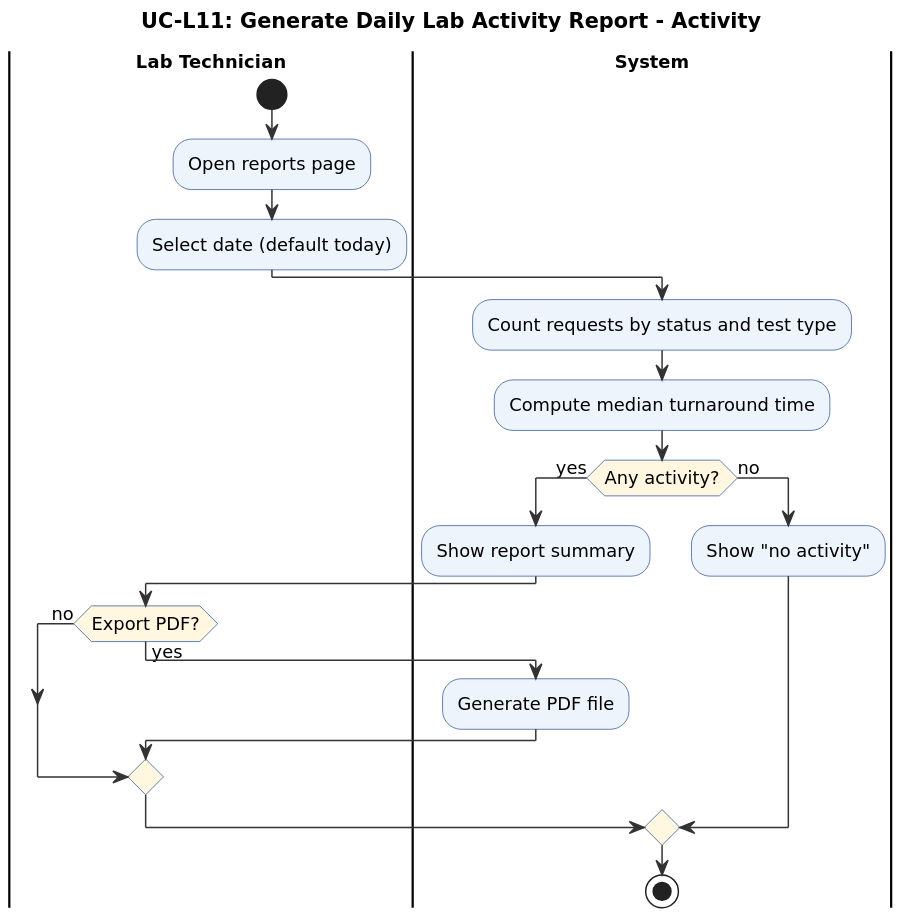
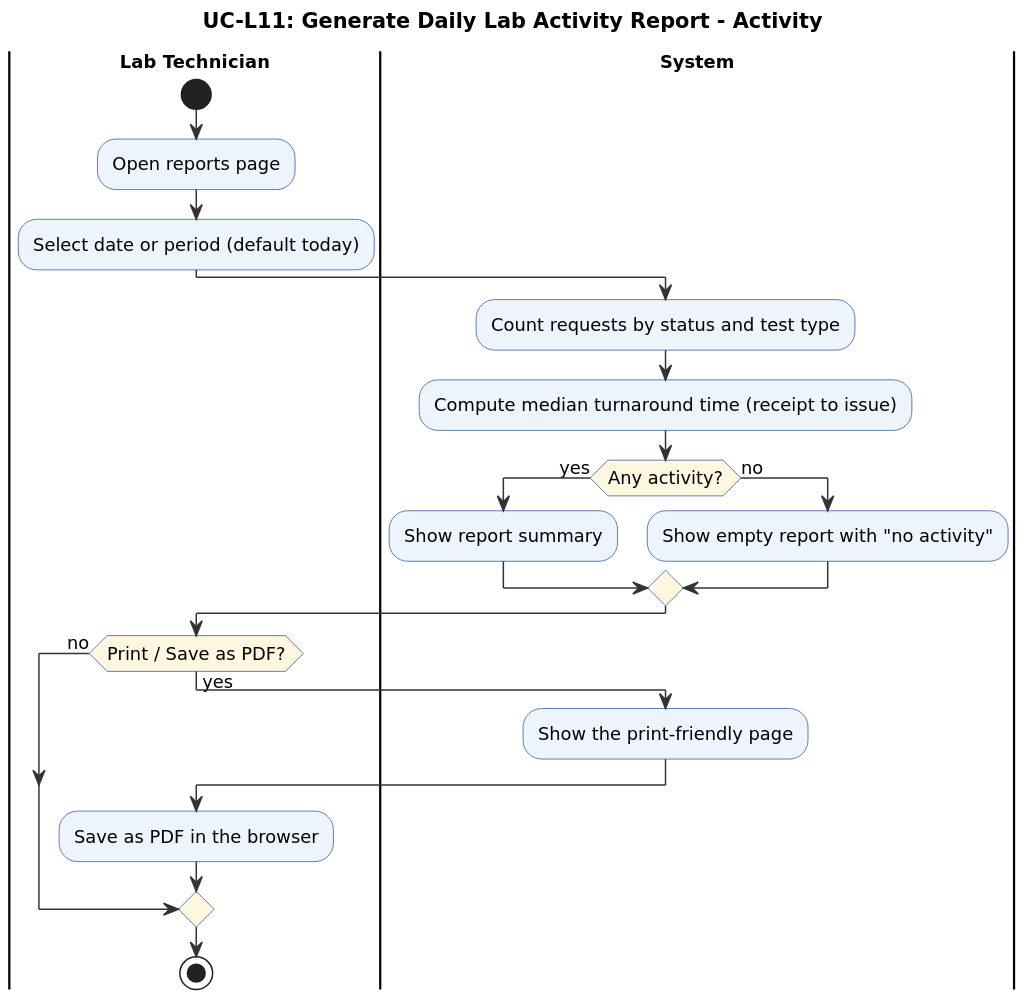
Before and after one commit to aymansl/HCMS: the diagram in docs/diagrams/UC-L11_act.puml, drawn with PlantUML. The commit also changed 15 other files, not shown here.

Commit message:
feat(lab): daily lab activity report with print view (L11)

```diff
--- a/docs/diagrams/UC-L11_act.puml
+++ b/docs/diagrams/UC-L11_act.puml
@@ -1,40 +1,41 @@
 @startuml
 skinparam dpi 170
 skinparam shadowing false
 skinparam defaultFontName DejaVu Sans
 skinparam defaultFontSize 12
 skinparam ArrowColor #333333
 skinparam ActivityBackgroundColor #EEF4FB
 skinparam ActivityBorderColor #2F5597
 skinparam ActivityDiamondBackgroundColor #FFF7E0
 skinparam SwimlaneTitleFontStyle bold
 skinparam ParticipantBackgroundColor #EEF4FB
 skinparam ParticipantBorderColor #2F5597
 skinparam SequenceLifeLineBorderColor #888888
 skinparam UsecaseBackgroundColor #EEF4FB
 skinparam UsecaseBorderColor #2F5597
 skinparam ActorBorderColor #2F5597
 skinparam DatabaseBackgroundColor #EEF4FB
 skinparam SequenceGroupHeaderFontStyle bold
 title UC-L11: Generate Daily Lab Activity Report - Activity
 |Lab Technician|
 start
 :Open reports page;
-:Select date (default today);
+:Select date or period (default today);
 |System|
 :Count requests by status and test type;
-:Compute median turnaround time;
+:Compute median turnaround time (receipt to issue);
 if (Any activity?) then (yes)
   :Show report summary;
+else (no)
+  :Show empty report with "no activity";
+endif
+|Lab Technician|
+if (Print / Save as PDF?) then (yes)
+  |System|
+  :Show the print-friendly page;
   |Lab Technician|
-  if (Export PDF?) then (yes)
-    |System|
-    :Generate PDF file;
-  else (no)
-  endif
+  :Save as PDF in the browser;
 else (no)
-  |System|
-  :Show "no activity";
 endif
 stop
 @enduml
```
